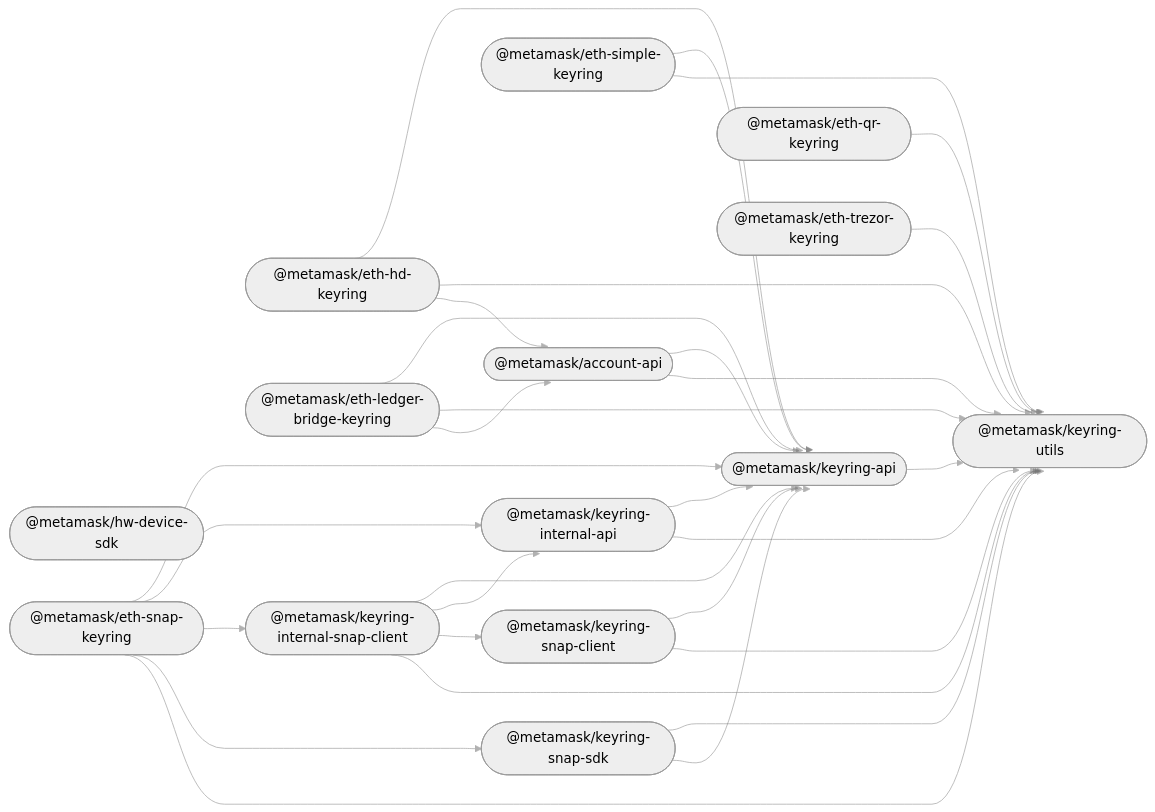
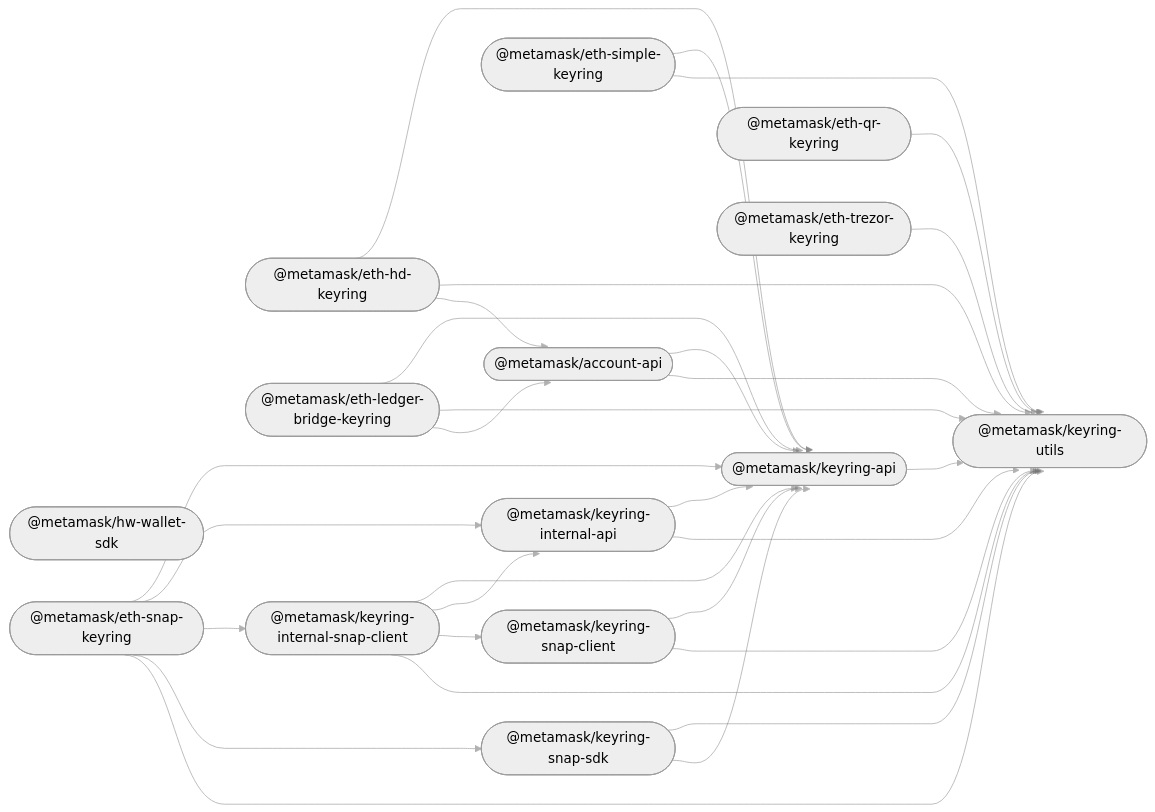
The diagram in README.md (MetaMask/accounts), drawn with Mermaid (neutral theme) before and after one commit. The commit also changed other lines of this file and 16 other files, not shown here.

First line of the commit message:
refactor: hw-device-sdk -> hw-wallet-sdk (#431)

````diff
--- a/README.md
+++ b/README.md
@@ -36,47 +36,47 @@
 ```mermaid
 %%{ init: { 'flowchart': { 'curve': 'bumpX' } } }%%
 graph LR;
 linkStyle default opacity:0.5
   account_api(["@metamask/account-api"]);
-  hw_device_sdk(["@metamask/hw-device-sdk"]);
+  hw_wallet_sdk(["@metamask/hw-wallet-sdk"]);
   keyring_api(["@metamask/keyring-api"]);
   eth_hd_keyring(["@metamask/eth-hd-keyring"]);
   eth_ledger_bridge_keyring(["@metamask/eth-ledger-bridge-keyring"]);
   eth_qr_keyring(["@metamask/eth-qr-keyring"]);
   eth_simple_keyring(["@metamask/eth-simple-keyring"]);
   eth_trezor_keyring(["@metamask/eth-trezor-keyring"]);
   keyring_internal_api(["@metamask/keyring-internal-api"]);
   keyring_internal_snap_client(["@metamask/keyring-internal-snap-client"]);
   eth_snap_keyring(["@metamask/eth-snap-keyring"]);
   keyring_snap_client(["@metamask/keyring-snap-client"]);
   keyring_snap_sdk(["@metamask/keyring-snap-sdk"]);
   keyring_utils(["@metamask/keyring-utils"]);
   account_api --> keyring_api;
   account_api --> keyring_utils;
   keyring_api --> keyring_utils;
   eth_hd_keyring --> keyring_api;
   eth_hd_keyring --> keyring_utils;
   eth_hd_keyring --> account_api;
   eth_ledger_bridge_keyring --> keyring_api;
   eth_ledger_bridge_keyring --> keyring_utils;
   eth_ledger_bridge_keyring --> account_api;
   eth_qr_keyring --> keyring_utils;
   eth_simple_keyring --> keyring_api;
   eth_simple_keyring --> keyring_utils;
   eth_trezor_keyring --> keyring_utils;
   keyring_internal_api --> keyring_api;
   keyring_internal_api --> keyring_utils;
   keyring_internal_snap_client --> keyring_api;
   keyring_internal_snap_client --> keyring_internal_api;
   keyring_internal_snap_client --> keyring_snap_client;
   keyring_internal_snap_client --> keyring_utils;
   eth_snap_keyring --> keyring_api;
   eth_snap_keyring --> keyring_internal_api;
   eth_snap_keyring --> keyring_internal_snap_client;
   eth_snap_keyring --> keyring_snap_sdk;
   eth_snap_keyring --> keyring_utils;
   keyring_snap_client --> keyring_api;
   keyring_snap_client --> keyring_utils;
   keyring_snap_sdk --> keyring_utils;
   keyring_snap_sdk --> keyring_api;
 ```
````
